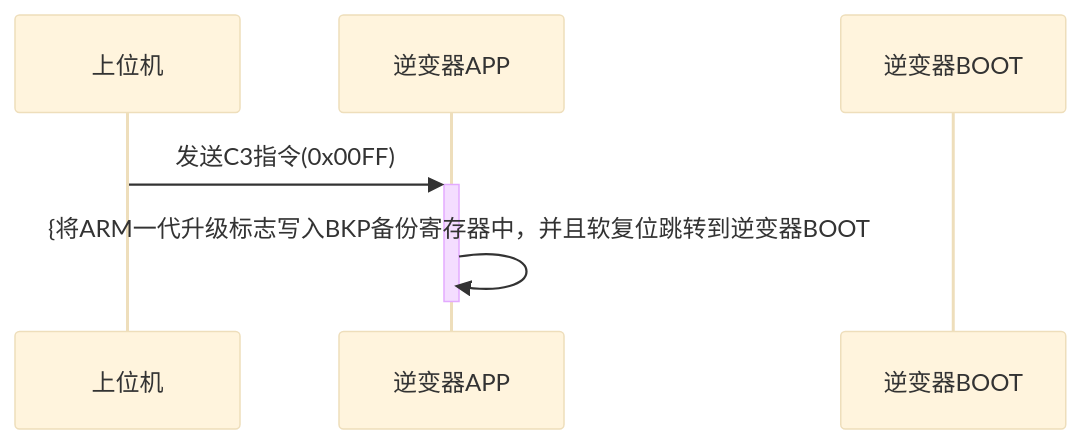
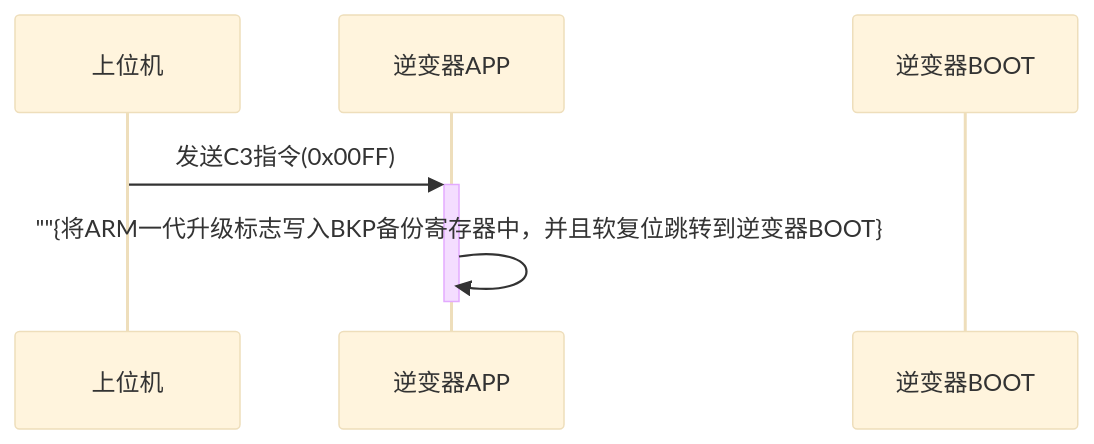
One commit to 2078142847/iodraw-files changed the diagram in all/未命名-2.md. Above: the diagram before and after it, drawn with Mermaid (base theme).

Commit message:
2024-05-30 15:18:59 update

````diff
--- a/all/未命名-2.md
+++ b/all/未命名-2.md
@@ -1,11 +1,11 @@
 ```mermaid
 sequenceDiagram
 
     participant A as 上位机
     participant B as 逆变器APP
     participant C as 逆变器BOOT
     A->>+B: 发送C3指令(0x00FF)
-    B->>-B: {将ARM一代升级标志写入BKP备份寄存器中，并且软复位跳转到逆变器BOOT
+    B->>-B: ""{将ARM一代升级标志写入BKP备份寄存器中，并且软复位跳转到逆变器BOOT}
 
     
 ```
````
